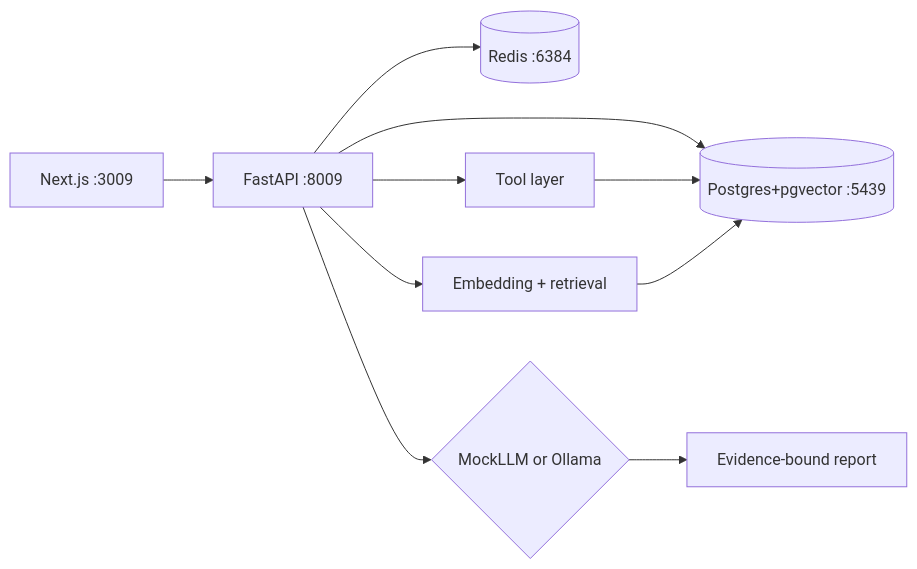
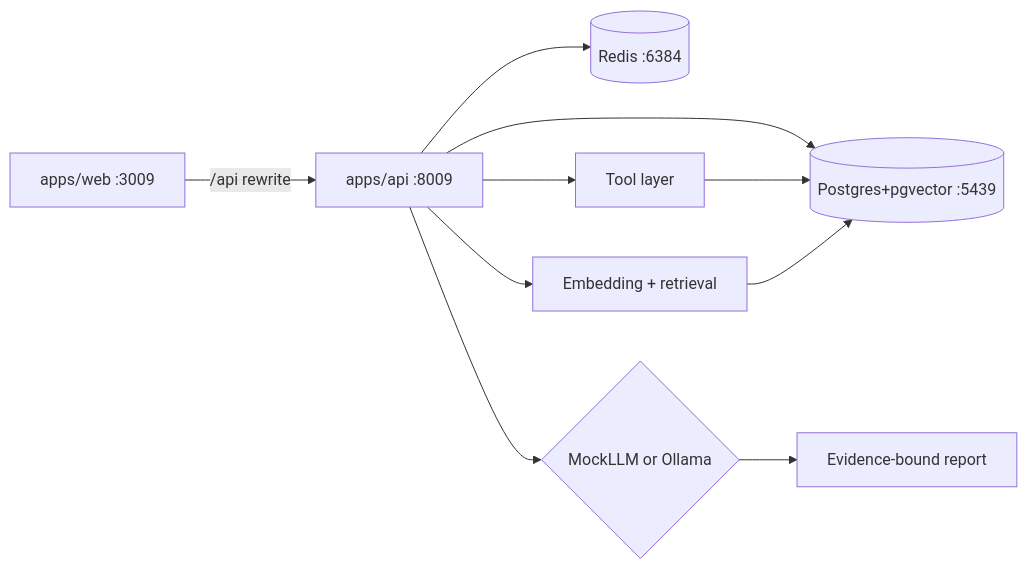
Before and after one commit to bhavinsurge/ai-debugging-assistant: the diagram in docs/architecture.md, drawn with Mermaid. The commit also changed other lines of this file and 70 other files, not shown here.

First line of the commit message:
Migrate RootCause to Yarn/Turbo monorepo with FastAPI api and Next.js web.

````diff
--- a/docs/architecture.md
+++ b/docs/architecture.md
@@ -3,12 +24,12 @@
 ```mermaid
 flowchart LR
-  UI[Next.js :3009] --> API[FastAPI :8009]
+  UI[apps/web :3009] -->|/api rewrite| API[apps/api :8009]
   API --> PG[(Postgres+pgvector :5439)]
   API --> Redis[(Redis :6384)]
   API --> Tools[Tool layer]
   Tools --> PG
   API --> RAG[Embedding + retrieval]
   RAG --> PG
   API --> LLM{MockLLM or Ollama}
   LLM --> Report[Evidence-bound report]
 ```
````
